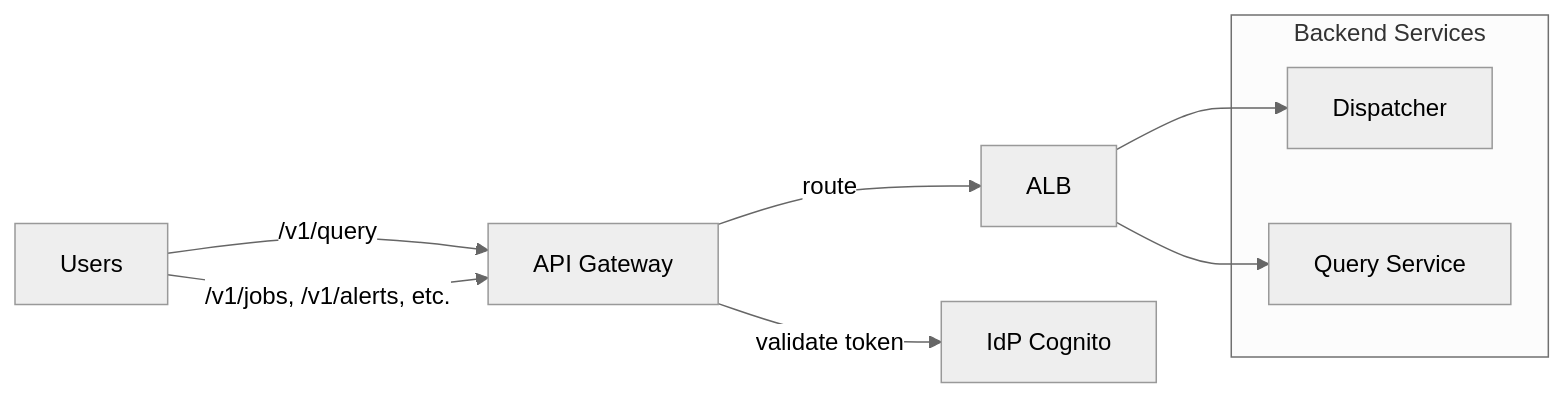
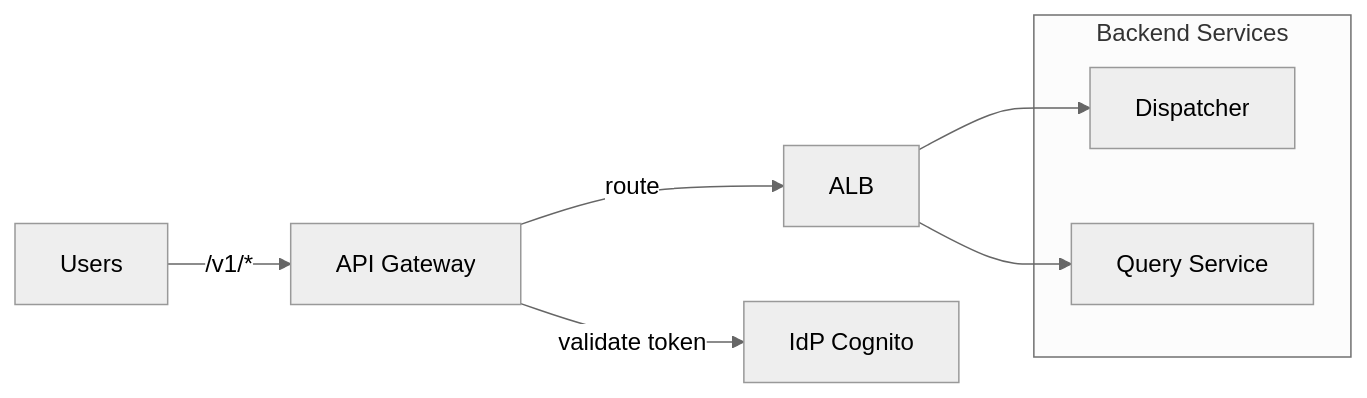
The diagram in docs/architecture/containers/gateway.md (c7121/trace), drawn with Mermaid (neutral theme) before and after one commit. The commit also changed other lines of this file and 18 other files, not shown here.

````diff
--- a/docs/architecture/containers/gateway.md
+++ b/docs/architecture/containers/gateway.md
@@ -15,20 +15,19 @@
 ```mermaid
 flowchart LR
     users["Users"]
     apigw["API Gateway"]
     alb["ALB"]
-    
+
     subgraph Backend["Backend Services"]
         dispatcher["Dispatcher"]
         query["Query Service"]
     end
-    
+
     idp["IdP Cognito"]
-    
-    users -->|/v1/query| apigw
-    users -->|/v1/jobs, /v1/alerts, etc.| apigw
+
+    users -->|/v1/*| apigw
     apigw -->|validate token| idp
     apigw -->|route| alb
     alb --> dispatcher
     alb --> query
 ```
````
